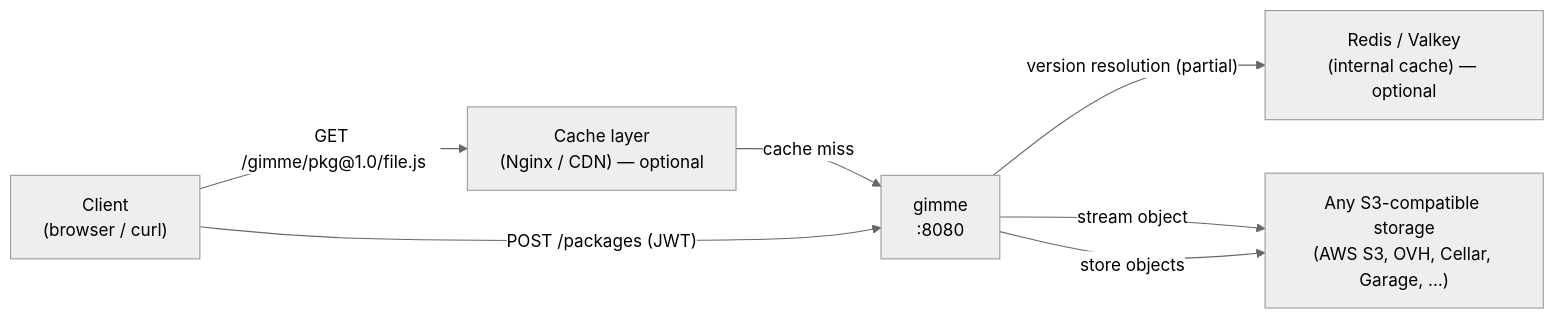
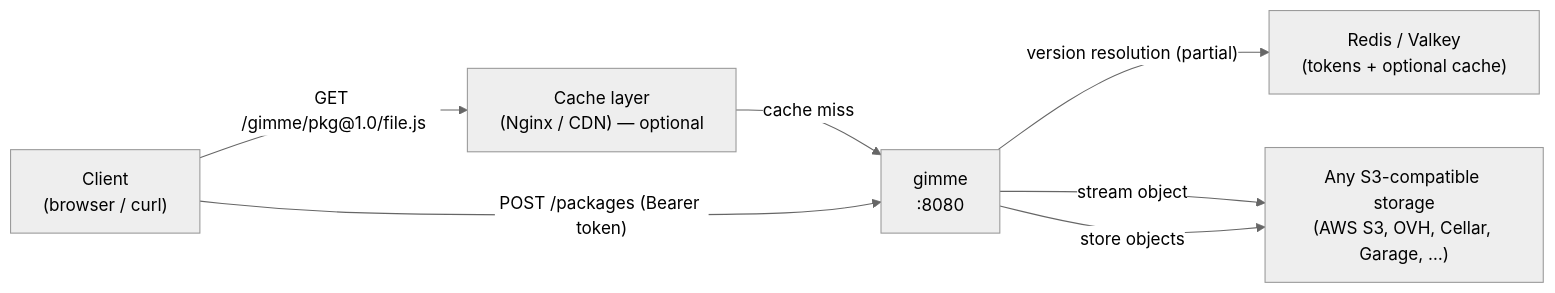
The first of 3 diagrams in README.md (ziggornif/gimme), drawn with Mermaid (neutral theme) before and after one commit. The commit also changed other lines of this file and 3 other files, not shown here.

````diff
--- a/README.md
+++ b/README.md
@@ -38,15 +38,15 @@
 ```mermaid
 graph LR
     Client["Client\n(browser / curl)"]
     Gimme["gimme\n:8080"]
     S3["Any S3-compatible storage\n(AWS S3, OVH, Cellar, Garage, …)"]
     Cache["Cache layer\n(Nginx / CDN) — optional"]
-    Redis["Redis / Valkey\n(internal cache) — optional"]
+    Redis["Redis / Valkey\n(tokens + optional cache)"]
 
     Client -->|"GET /gimme/pkg@1.0/file.js"| Cache
     Cache -->|cache miss| Gimme
     Gimme -->|"version resolution (partial)"| Redis
     Gimme -->|stream object| S3
-    Client -->|"POST /packages (JWT)"| Gimme
+    Client -->|"POST /packages (Bearer token)"| Gimme
     Gimme -->|store objects| S3
 ```
````
